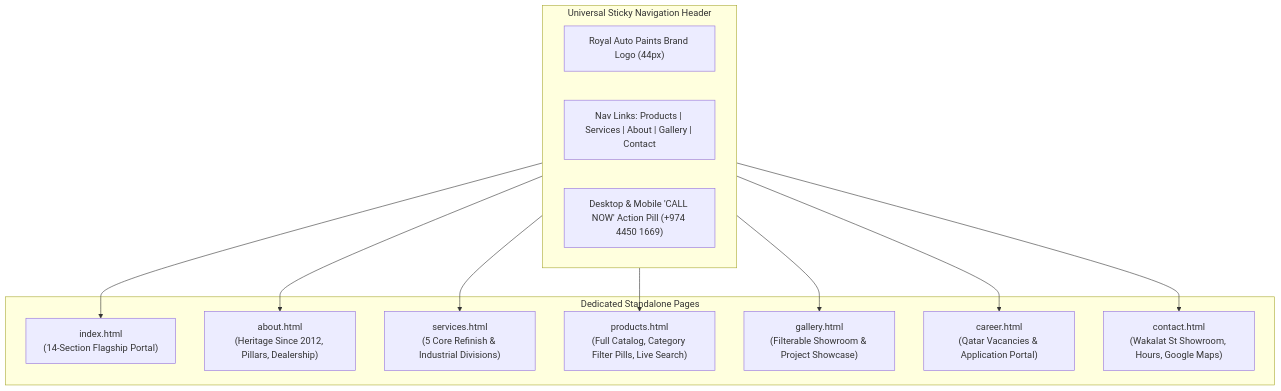
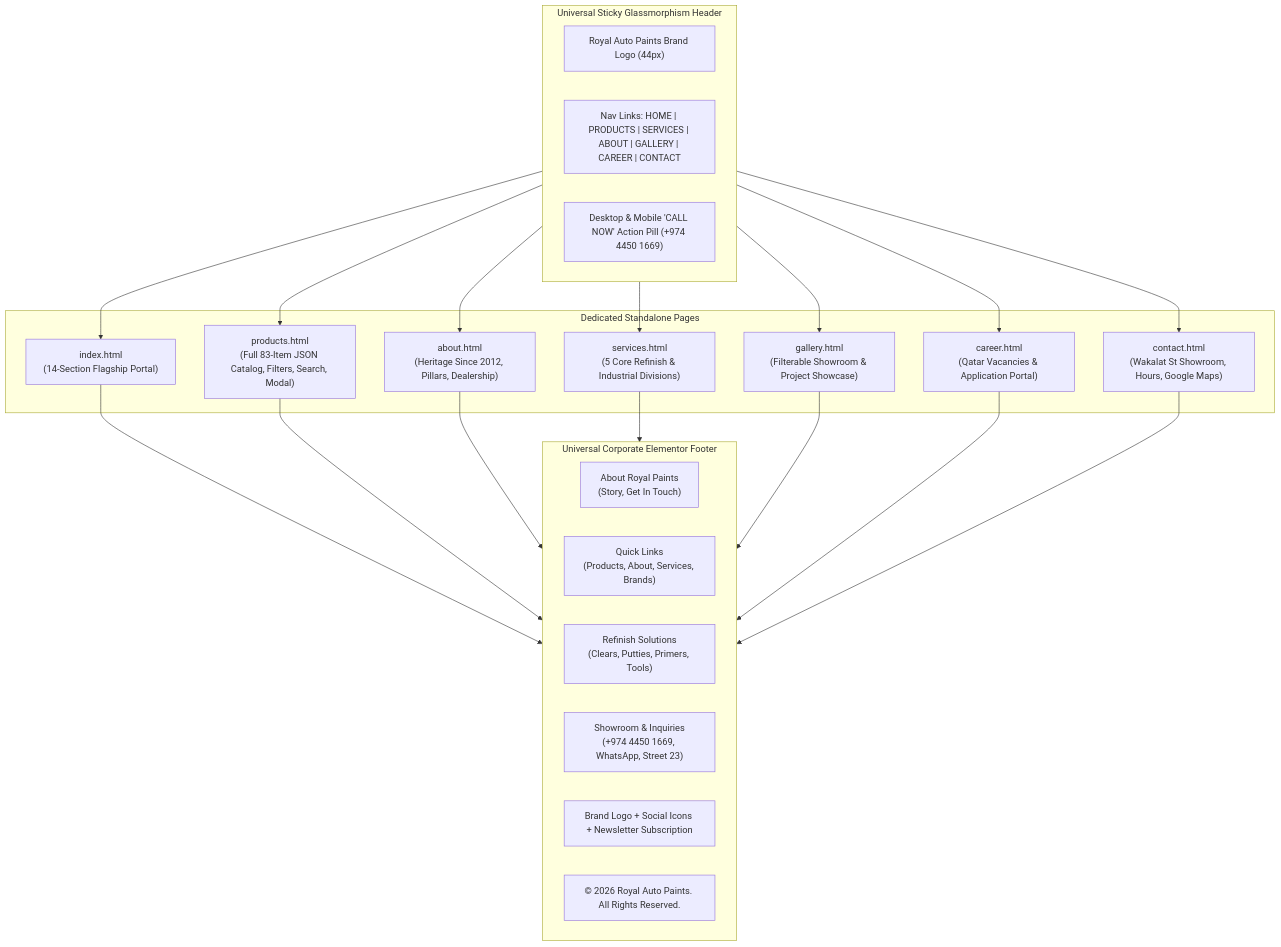
Before and after one commit to manu-gitxen/royalautopaintsre: the first of 2 diagrams in docs/blueprint.md, drawn with Mermaid. The commit also changed other lines of this file and 2 other files, not shown here.

````diff
--- a/docs/blueprint.md
+++ b/docs/blueprint.md
@@ -81,26 +95,43 @@
 ```mermaid
 flowchart TD
-    subgraph Header["Universal Sticky Navigation Header"]
+    subgraph Header["Universal Sticky Glassmorphism Header"]
         Logo["Royal Auto Paints Brand Logo (44px)"]
-        NavLinks["Nav Links: Products | Services | About | Gallery | Contact"]
+        NavLinks["Nav Links: HOME | PRODUCTS | SERVICES | ABOUT | GALLERY | CAREER | CONTACT"]
         CallPill["Desktop & Mobile 'CALL NOW' Action Pill (+974 4450 1669)"]
     end
 
     subgraph Pages["Dedicated Standalone Pages"]
         HomePg["index.html\n(14-Section Flagship Portal)"]
+        ProductsPg["products.html\n(Full 83-Item JSON Catalog, Filters, Search, Modal)"]
         AboutPg["about.html\n(Heritage Since 2012, Pillars, Dealership)"]
         ServicesPg["services.html\n(5 Core Refinish & Industrial Divisions)"]
-        ProductsPg["products.html\n(Full Catalog, Category Filter Pills, Live Search)"]
         GalleryPg["gallery.html\n(Filterable Showroom & Project Showcase)"]
         CareerPg["career.html\n(Qatar Vacancies & Application Portal)"]
         ContactPg["contact.html\n(Wakalat St Showroom, Hours, Google Maps)"]
     end
 
+    subgraph Footer["Universal Corporate Elementor Footer"]
+        Col1["About Royal Paints\n(Story, Get In Touch)"]
+        Col2["Quick Links\n(Products, About, Services, Brands)"]
+        Col3["Refinish Solutions\n(Clears, Putties, Primers, Tools)"]
+        Col4["Showroom & Inquiries\n(+974 4450 1669, WhatsApp, Street 23)"]
+        NewsletterBar["Brand Logo + Social Icons + Newsletter Subscription"]
+        CopyrightBar["© 2026 Royal Auto Paints. All Rights Reserved."]
+    end
+
     Header --> HomePg
+    Header --> ProductsPg
     Header --> AboutPg
     Header --> ServicesPg
-    Header --> ProductsPg
     Header --> GalleryPg
     Header --> CareerPg
     Header --> ContactPg
+
+    HomePg --> Footer
+    ProductsPg --> Footer
+    AboutPg --> Footer
+    ServicesPg --> Footer
+    GalleryPg --> Footer
+    CareerPg --> Footer
+    ContactPg --> Footer
 ```
````
